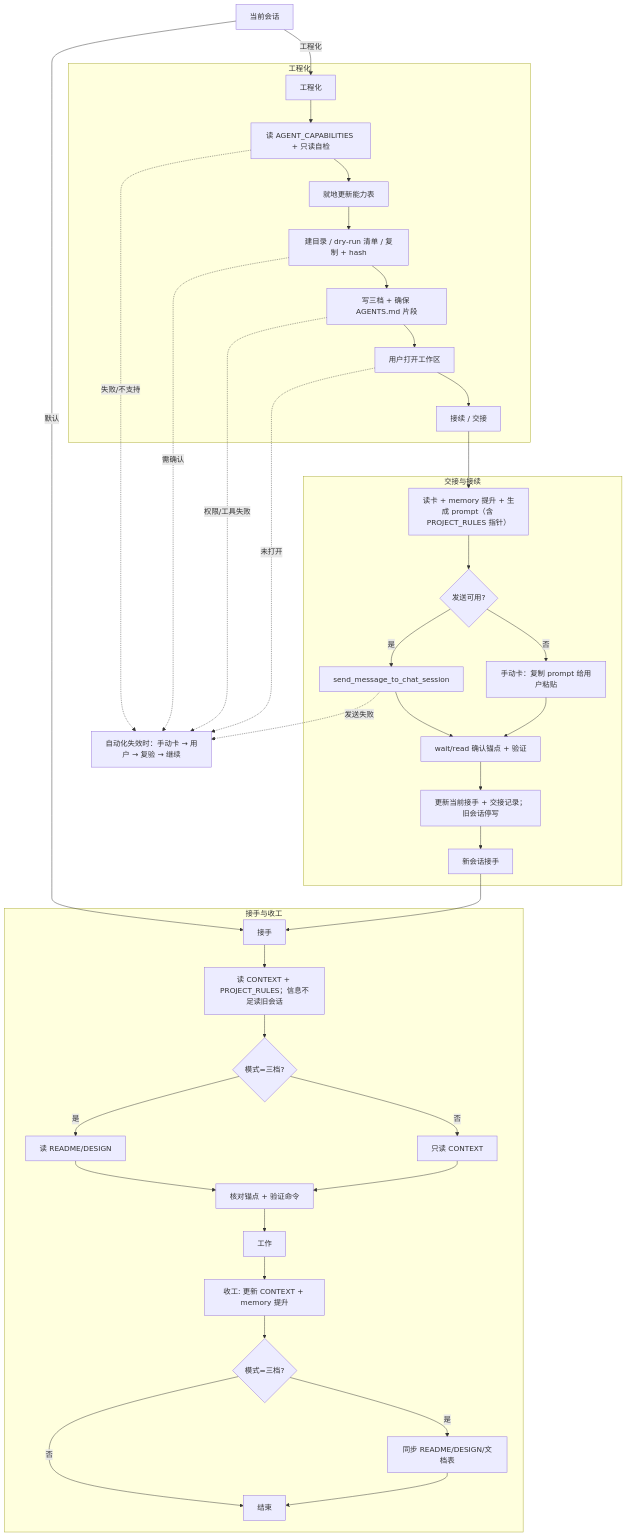
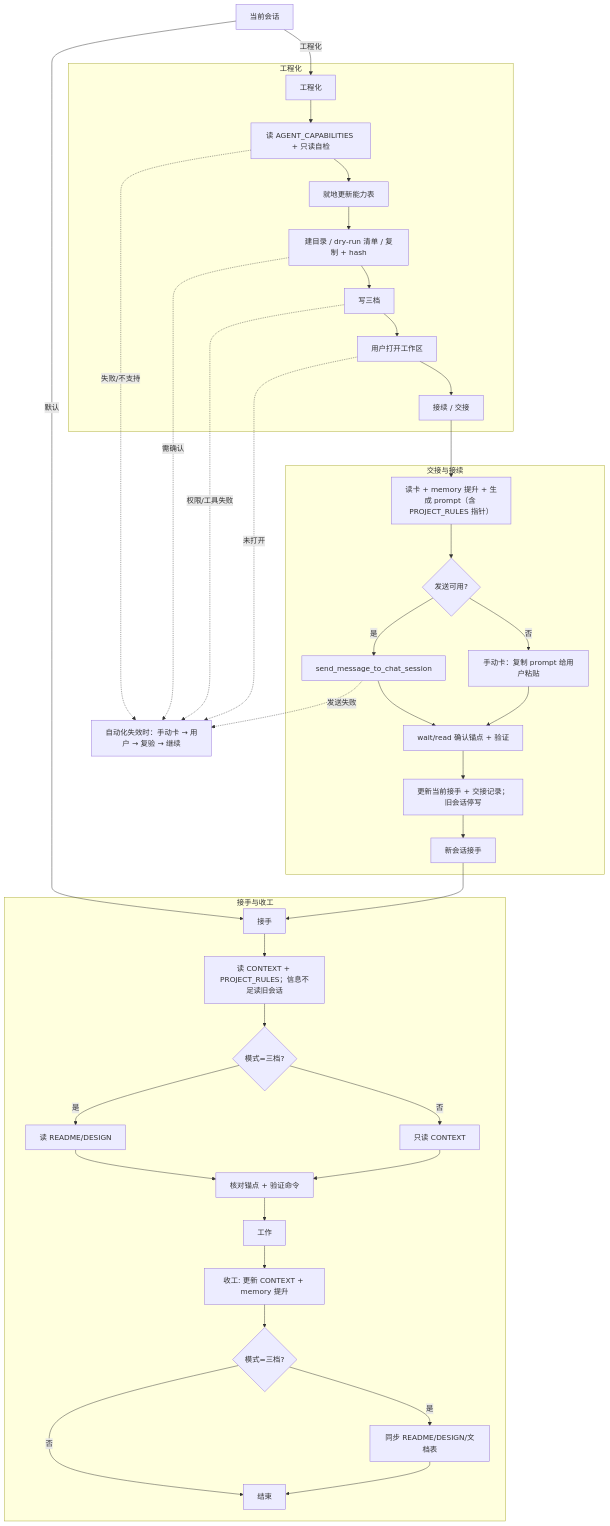
The diagram in DESIGN.md (Lizardon386/multi-agent-task-handoff), drawn with Mermaid before and after one commit. The commit also changed other lines of this file and 4 other files, not shown here.

````diff
--- a/DESIGN.md
+++ b/DESIGN.md
@@ -52,47 +51,47 @@
 ```mermaid
 flowchart TD
   A[当前会话] -->|默认| B[接手]
   A -->|工程化| M[工程化]
 
   subgraph START[接手与收工]
     B --> C[读 CONTEXT + PROJECT_RULES；信息不足读旧会话]
     C --> D{模式=三档?}
     D -- 是 --> E[读 README/DESIGN]
     D -- 否 --> F[只读 CONTEXT]
     E --> G[核对锚点 + 验证命令]
     F --> G
     G --> H[工作]
     H --> I[收工: 更新 CONTEXT + memory 提升]
     I --> J{模式=三档?}
     J -- 是 --> K[同步 README/DESIGN/文档表]
     J -- 否 --> L[结束]
     K --> L
   end
 
   subgraph ENG[工程化]
     M --> N[读 AGENT_CAPABILITIES + 只读自检]
     N --> N1[就地更新能力表]
     N1 --> O[建目录 / dry-run 清单 / 复制 + hash]
-    O --> P[写三档 + 确保 AGENTS.md 片段]
+    O --> P[写三档]
     P --> Q[用户打开工作区]
     Q --> R[接续 / 交接]
   end
 
   subgraph HAND[交接与接续]
     R --> S[读卡 + memory 提升 + 生成 prompt（含 PROJECT_RULES 指针）]
     S --> T{发送可用?}
     T -- 是 --> U[send_message_to_chat_session]
     T -- 否 --> V[手动卡：复制 prompt 给用户粘贴]
     U --> W[wait/read 确认锚点 + 验证]
     V --> W
     W --> X[更新当前接手 + 交接记录；旧会话停写]
     X --> Y[新会话接手]
     Y --> B
   end
 
   N -.失败/不支持.-> Z[自动化失效时：手动卡 → 用户 → 复验 → 继续]
   O -.需确认.-> Z
   P -.权限/工具失败.-> Z
   Q -.未打开.-> Z
   U -.发送失败.-> Z
 ```
````
